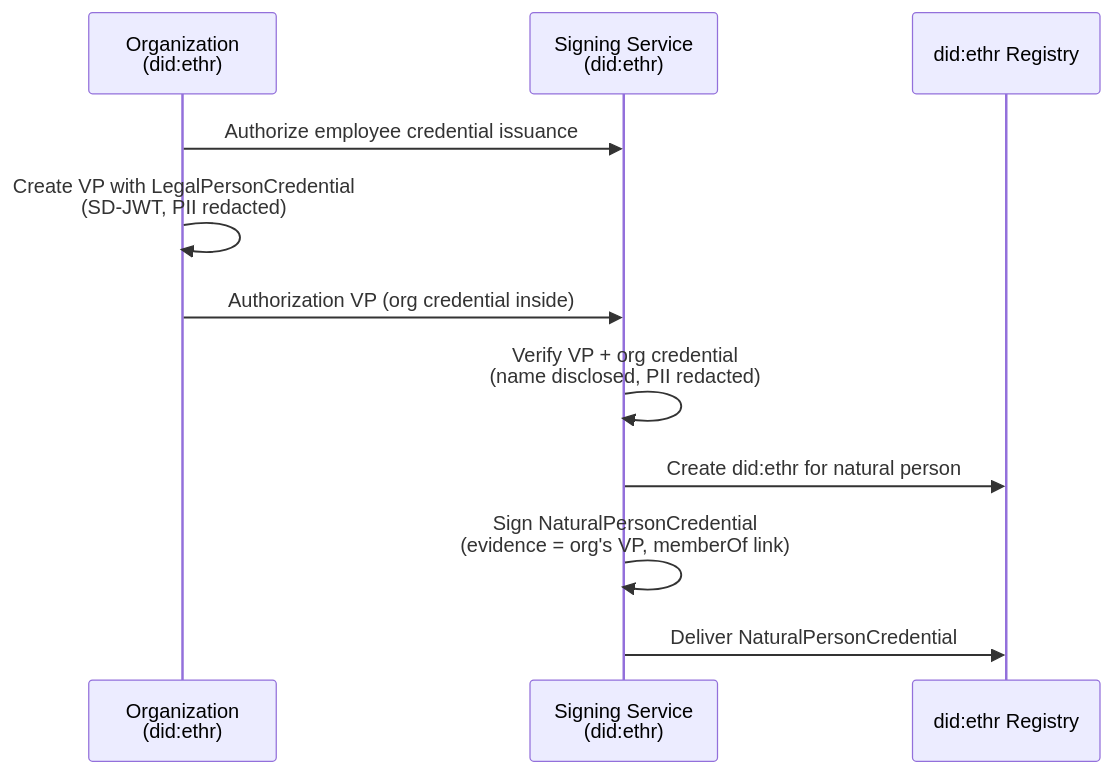
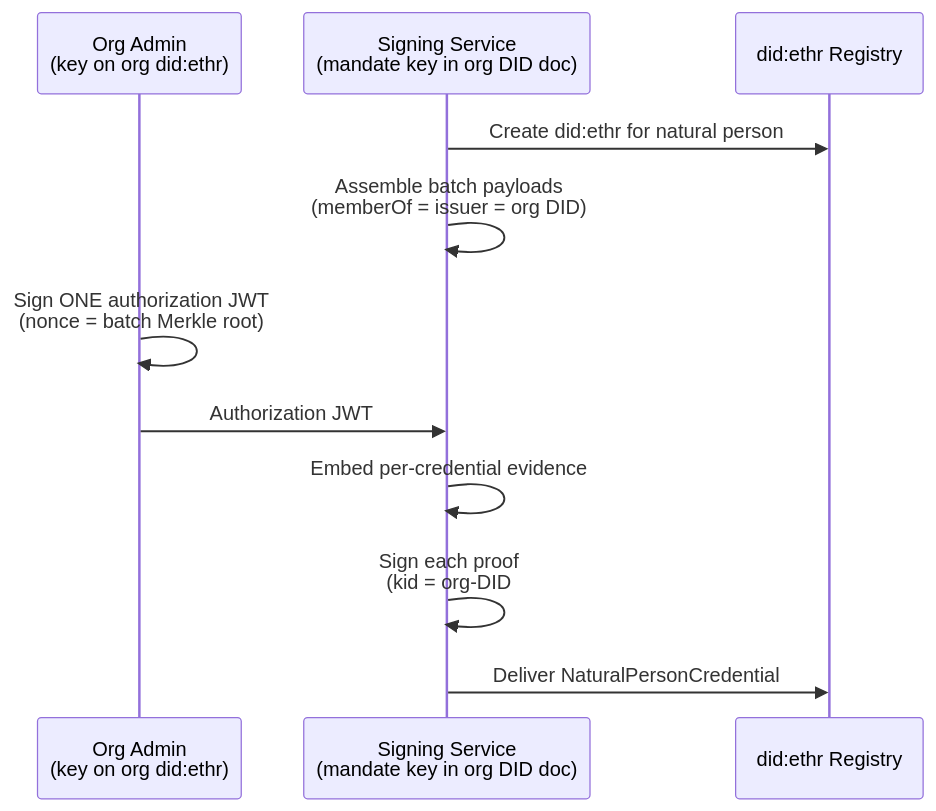
One commit to reachhaven/harbour-credentials changed the third of 5 diagrams in examples/README.md. Above: the diagram before and after it, drawn with Mermaid. The commit also changed other lines of this file and 23 other files, not shown here.

````diff
--- a/examples/README.md
+++ b/examples/README.md
@@ -194,14 +227,14 @@
 ```mermaid
 sequenceDiagram
-    participant ORG as Organization<br/>(did:ethr)
-    participant SS as Signing Service<br/>(did:ethr)
+    participant ADM as Org Admin<br/>(key on org did:ethr)
+    participant SS as Signing Service<br/>(mandate key in org DID doc)
     participant DW as did:ethr Registry
 
-    ORG->>SS: Authorize employee credential issuance
-    ORG->>ORG: Create VP with LegalPersonCredential<br/>(SD-JWT, PII redacted)
-    ORG->>SS: Authorization VP (org credential inside)
-    SS->>SS: Verify VP + org credential<br/>(name disclosed, PII redacted)
     SS->>DW: Create did:ethr for natural person
-    SS->>SS: Sign NaturalPersonCredential<br/>(evidence = org's VP, memberOf link)
+    SS->>SS: Assemble batch payloads<br/>(memberOf = issuer = org DID)
+    ADM->>ADM: Sign ONE authorization JWT<br/>(nonce = batch Merkle root)
+    ADM->>SS: Authorization JWT
+    SS->>SS: Embed per-credential evidence
+    SS->>SS: Sign each proof<br/>(kid = org-DID#delegate-1)
     SS->>DW: Deliver NaturalPersonCredential
 ```
````
